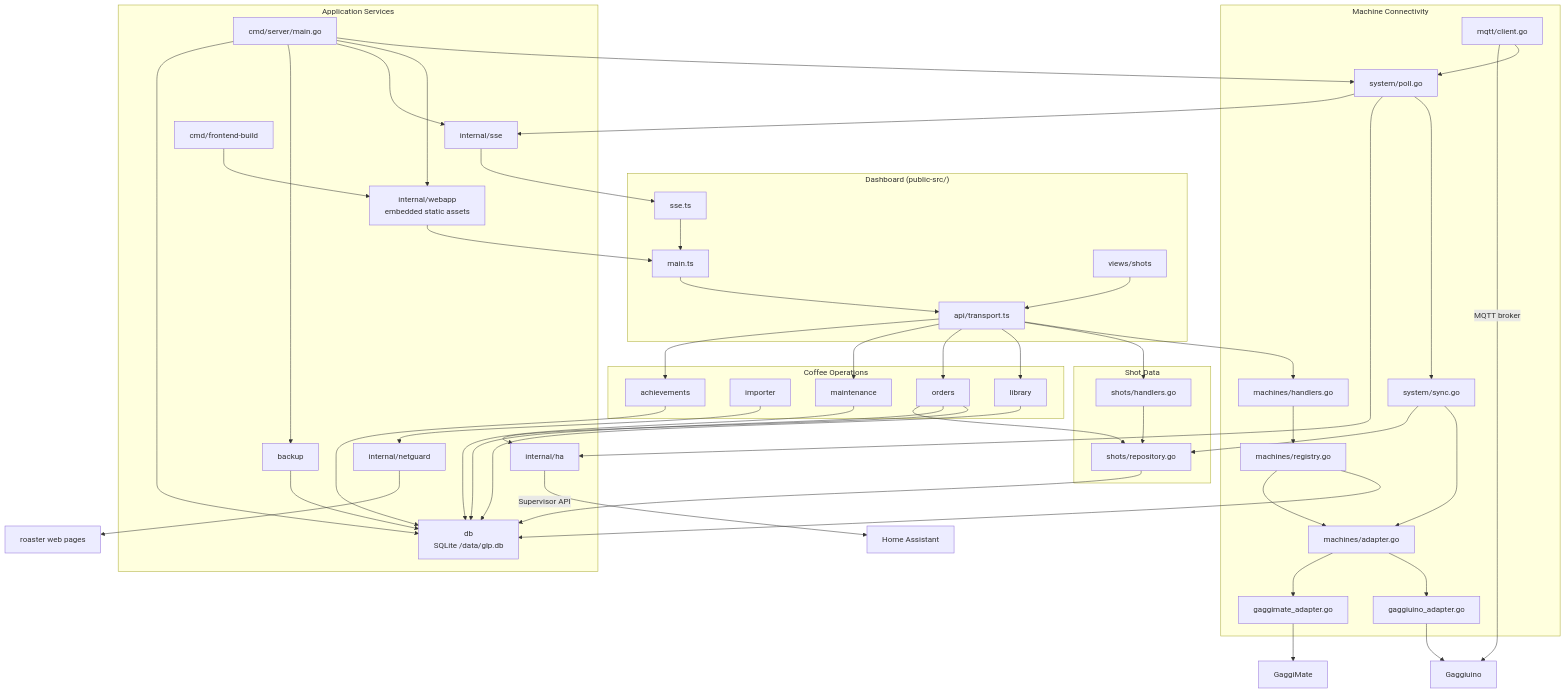
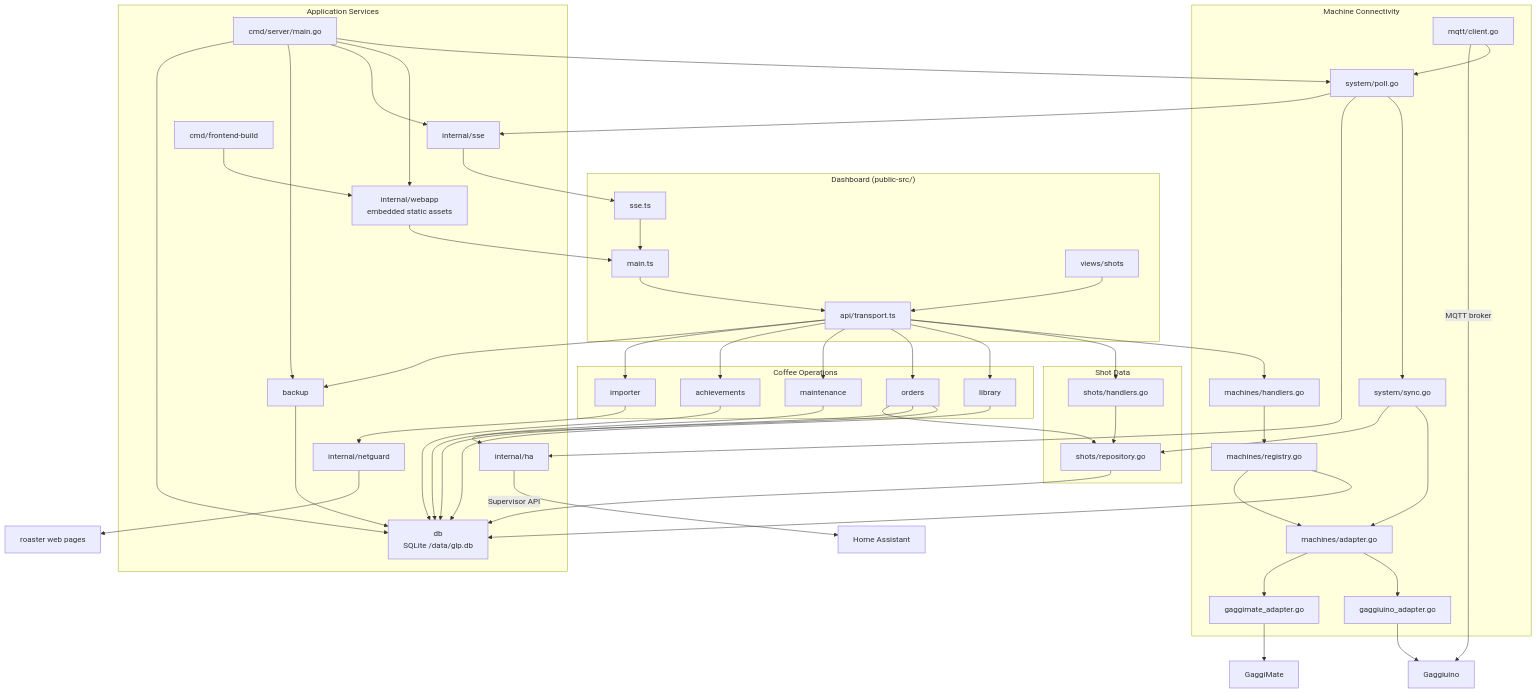
One commit to mxkissnr/gaggiuino-local-profiler changed the second of 2 diagrams in README.md. Above: the diagram before and after it, drawn with Mermaid.

Commit message:
docs: add importer and backup API edges to architecture diagram
Refs #1176

```diff
--- a/README.md
+++ b/README.md
@@ -326,6 +326,8 @@
   TRANSPORT --> ORD
   TRANSPORT --> MAINT
   TRANSPORT --> ACH
+  TRANSPORT --> IMP
+  TRANSPORT --> BACKUP
   S_HANDLERS --> S_REPO
   SERVER --> POLL
   SERVER --> WEBAPP
```
